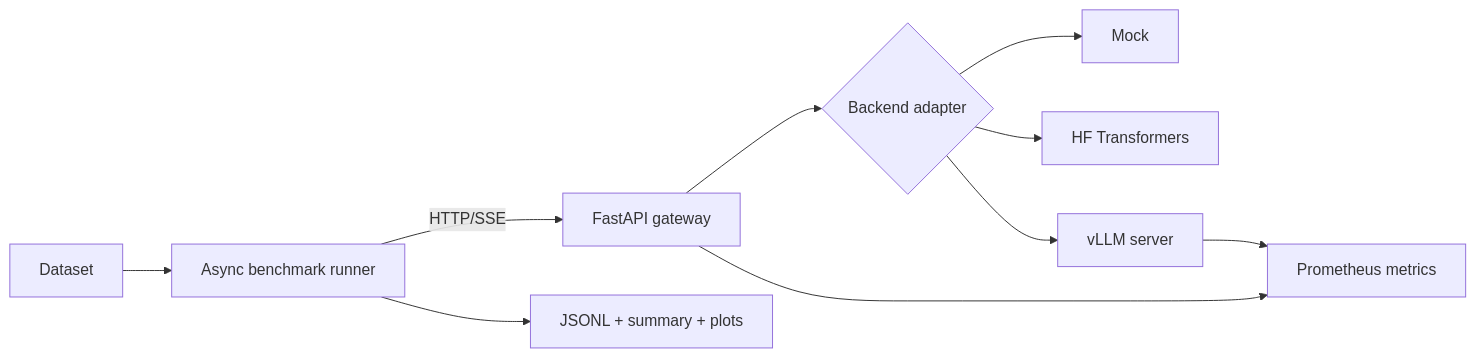
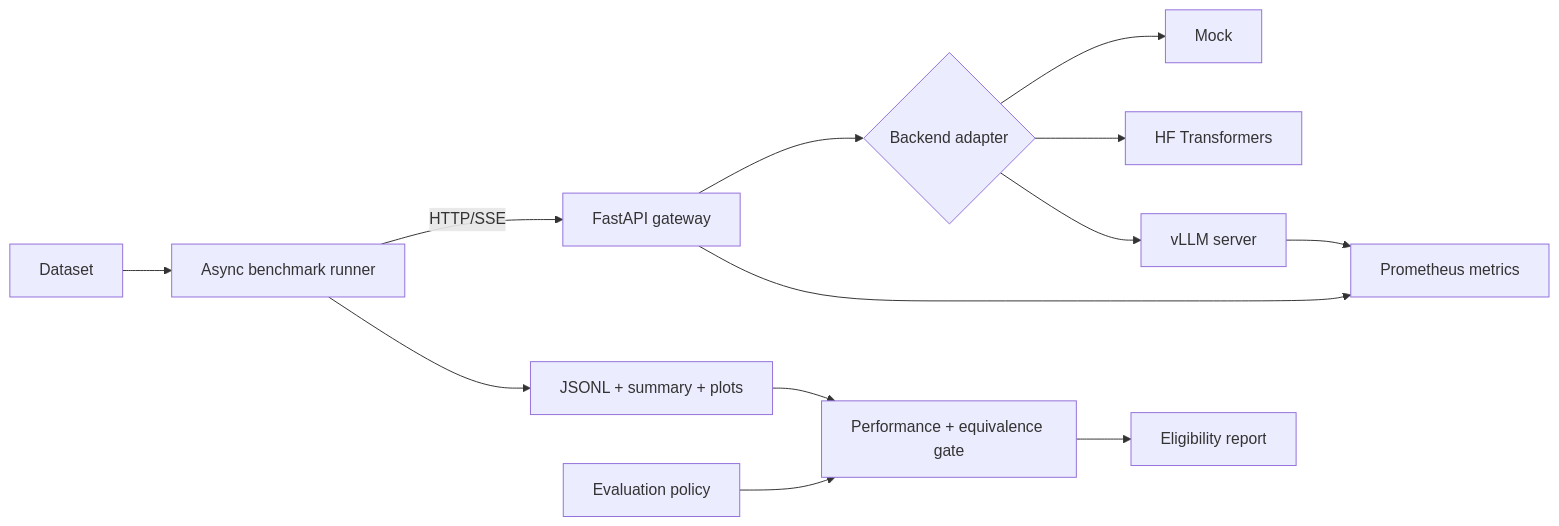
The diagram in inference-lab-mvp/README.md (ColeSlad/inference-lab), drawn with Mermaid before and after one commit. The commit also changed other lines of this file and 4 other files, not shown here.

````diff
--- a/inference-lab-mvp/README.md
+++ b/inference-lab-mvp/README.md
@@ -29,12 +31,15 @@
 ```mermaid
 flowchart LR
     Dataset --> Benchmark[Async benchmark runner]
     Benchmark -->|HTTP/SSE| Gateway[FastAPI gateway]
     Gateway --> Adapter{Backend adapter}
     Adapter --> Mock
     Adapter --> Transformers[HF Transformers]
     Adapter --> vLLM[vLLM server]
     Gateway --> Metrics[Prometheus metrics]
     vLLM --> Metrics
     Benchmark --> Results[JSONL + summary + plots]
+    Results --> Gate[Performance + equivalence gate]
+    Policy[Evaluation policy] --> Gate
+    Gate --> Decision[Eligibility report]
 ```
````
